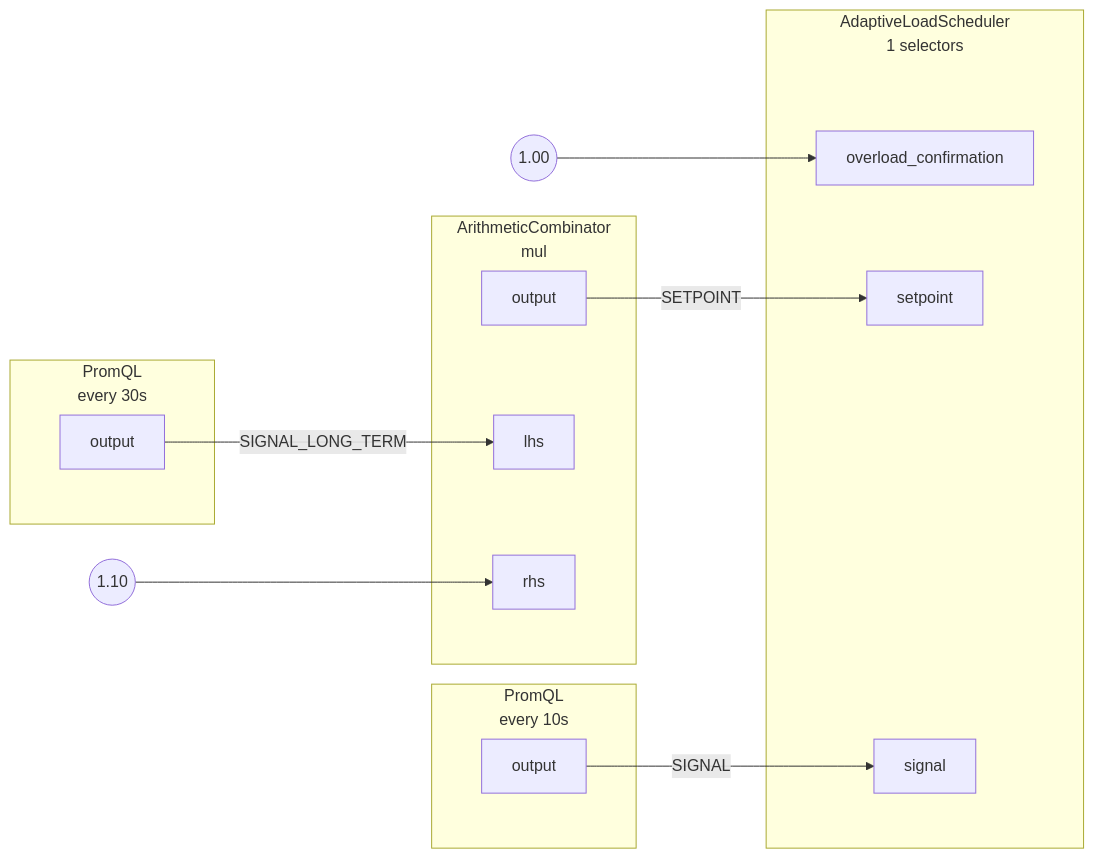
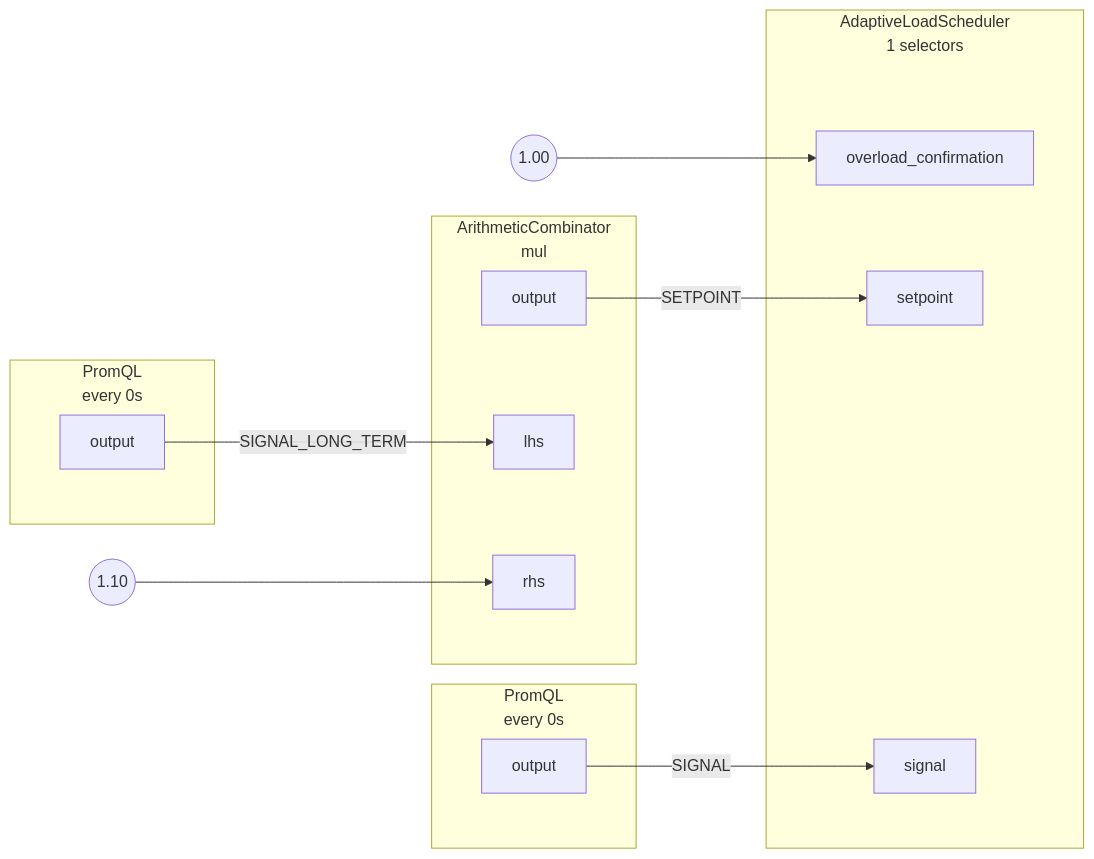
One commit to dataongunlaws/aperture changed the diagram in docs/content/use-cases/adaptive-service-protection/assets/workload-prioritization/graph.mmd. Above: the diagram before and after it, drawn with Mermaid. The commit also changed 112 other files, not shown here.

```diff
--- a/docs/content/use-cases/adaptive-service-protection/assets/workload-prioritization/graph.mmd
+++ b/docs/content/use-cases/adaptive-service-protection/assets/workload-prioritization/graph.mmd
@@ -1,42 +1,42 @@
 flowchart LR
 subgraph root.0[<center>AdaptiveLoadScheduler<br/>1 selectors</center>]
 subgraph root.0_inports[ ]
 style root.0_inports fill:none,stroke:none
 root.0overload_confirmation[overload_confirmation]
 root.0setpoint[setpoint]
 root.0signal[signal]
 end
 subgraph root.0_outports[ ]
 style root.0_outports fill:none,stroke:none
 end
 end
 root.0_overload_confirmation_FakeConstantout((1.00))
-subgraph root.1[<center>PromQL<br/>every 10s</center>]
+subgraph root.1[<center>PromQL<br/>every 0s</center>]
 subgraph root.1_outports[ ]
 style root.1_outports fill:none,stroke:none
 root.1output[output]
 end
 end
-subgraph root.2[<center>PromQL<br/>every 30s</center>]
+subgraph root.2[<center>PromQL<br/>every 0s</center>]
 subgraph root.2_outports[ ]
 style root.2_outports fill:none,stroke:none
 root.2output[output]
 end
 end
 subgraph root.3[<center>ArithmeticCombinator<br/>mul</center>]
 subgraph root.3_inports[ ]
 style root.3_inports fill:none,stroke:none
 root.3lhs[lhs]
 root.3rhs[rhs]
 end
 subgraph root.3_outports[ ]
 style root.3_outports fill:none,stroke:none
 root.3output[output]
 end
 end
 root.3_rhs_FakeConstantout((1.10))
 root.0_overload_confirmation_FakeConstantout --> root.0overload_confirmation
 root.1output --> |SIGNAL| root.0signal
 root.2output --> |SIGNAL_LONG_TERM| root.3lhs
 root.3output --> |SETPOINT| root.0setpoint
 root.3_rhs_FakeConstantout --> root.3rhs
```
